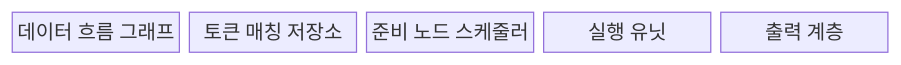
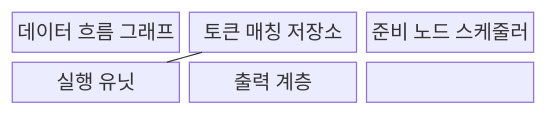
One commit to agnusdei1207/knowledge-base changed the first of 2 diagrams in src/content/docs/notes/02-hardware/077_dataflow_computer.md. Above: the diagram before and after it, drawn with Mermaid. The commit also changed other lines of this file and 86 other files, not shown here.

````diff
--- a/src/content/docs/notes/02-hardware/077_dataflow_computer.md
+++ b/src/content/docs/notes/02-hardware/077_dataflow_computer.md
@@ -59,9 +59,12 @@
 ```mermaid
-block
-  columns 5
+block-beta
+  columns 3
   A["데이터 흐름 그래프"]
   B["토큰 매칭 저장소"]
   C["준비 노드 스케줄러"]
   D["실행 유닛"]
   E["출력 계층"]
+  A --- B --- C
+  C --- D --- E
+  D --- B
 ```
````
